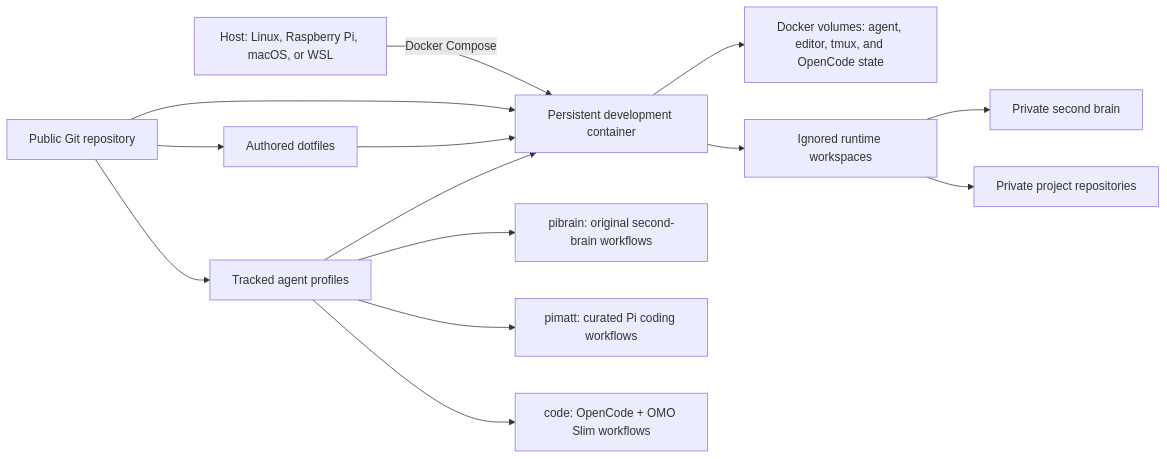
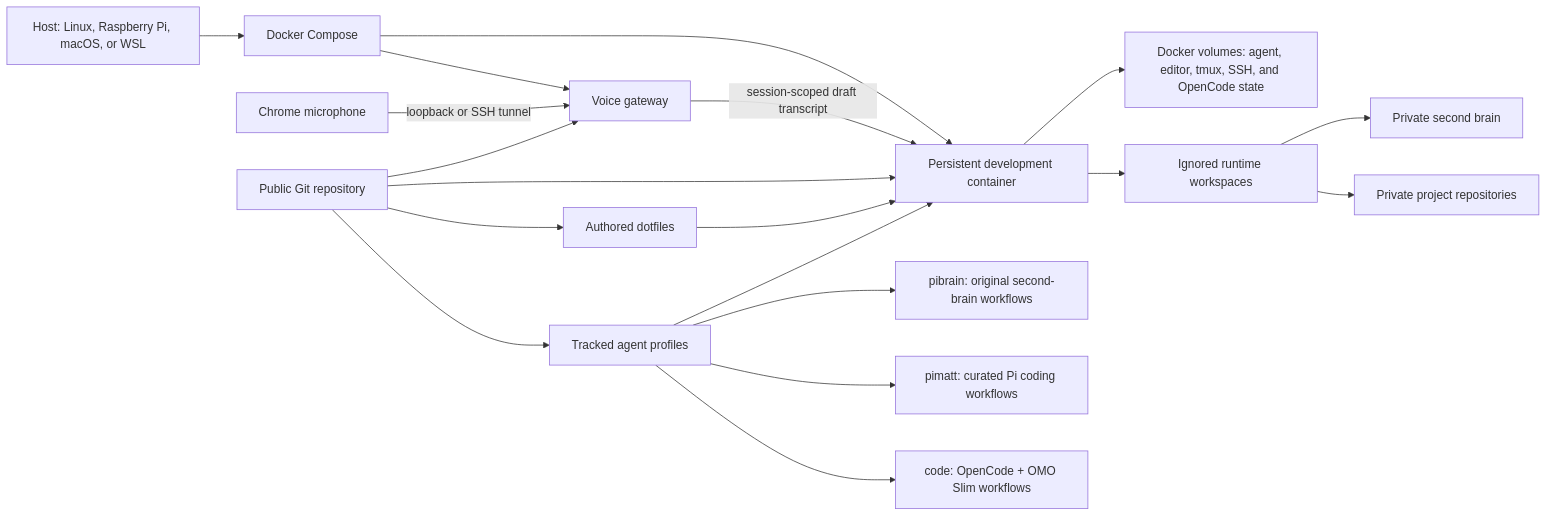
One commit to hanno-meister/pi_agent changed the diagram in README.md. Above: the diagram before and after it, drawn with Mermaid. The commit also changed other lines of this file and 26 other files, not shown here.

First line of the commit message:
Improve agent profiles and voice integration (#14)

````diff
--- a/README.md
+++ b/README.md
@@ -60,20 +61,24 @@
 ```mermaid
 flowchart LR
-    H["Host: Linux, Raspberry Pi, macOS, or WSL"] -->|"Docker Compose"| C["Persistent development container"]
+    H["Host: Linux, Raspberry Pi, macOS, or WSL"] --> DC["Docker Compose"]
+    DC --> C["Persistent development container"]
+    DC --> G["Voice gateway"]
+    B["Chrome microphone"] -->|"loopback or SSH tunnel"| G
+    G -->|"session-scoped draft transcript"| C
 
     R["Public Git repository"] --> C
+    R --> G
     R --> D["Authored dotfiles"]
     R --> P["Tracked agent profiles"]
 
     D --> C
     P --> C
     P --> PB["pibrain: original second-brain workflows"]
     P --> PM["pimatt: curated Pi coding workflows"]
     P --> PC["code: OpenCode + OMO Slim workflows"]
 
-    C --> V["Docker volumes: agent, editor, tmux, and OpenCode state"]
+    C --> V["Docker volumes: agent, editor, tmux, SSH, and OpenCode state"]
     C --> W["Ignored runtime workspaces"]
     W --> S["Private second brain"]
     W --> A["Private project repositories"]
-
 ```
````
